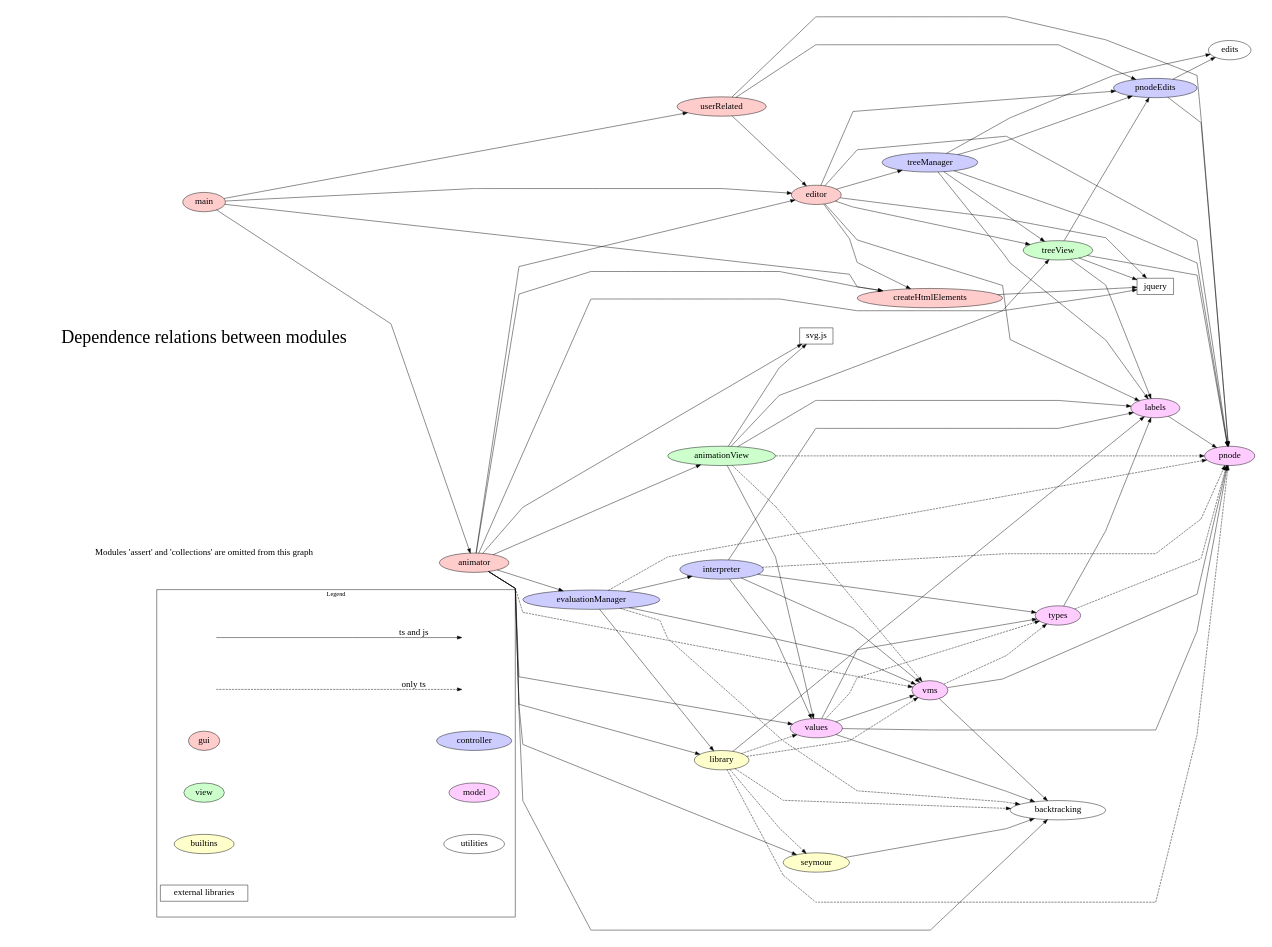
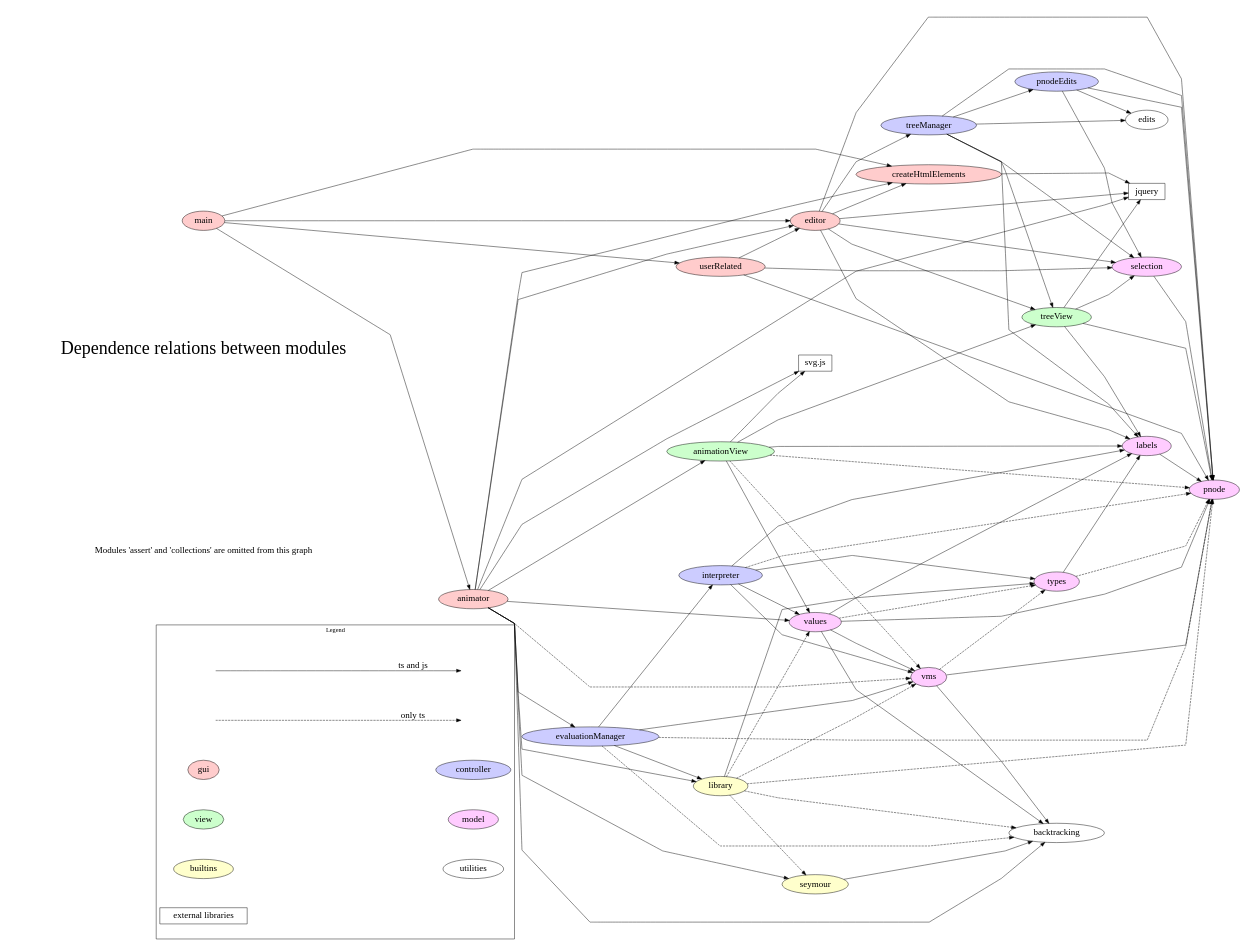
One commit to theodore-norvell/PLAAY changed the diagram in typescriptSrc/dependence.gv. Above: the diagram before and after it, drawn with Graphviz. The commit also changed 9 other files, not shown here.

```diff
--- a/typescriptSrc/dependence.gv
+++ b/typescriptSrc/dependence.gv
@@ -1,155 +1,160 @@
 
 digraph Depends {
     size="9,6.5" ;
     splines="polyline" ;
     nodesep=0.2 ;
     ranksep=0.2 ;
    ratio=fill;
    rankdir = LR ;
    node[fontsize=20];
 
    subgraph cluster1 {
         label = "Legend" ;
         shape=rectangle ;
         color = black ;
         a [style=invis];
         b [style=invis] ;
         c [style=invis] ;
         d [style=invis] ;
         c -> d [label="only ts", style=dashed, fontsize=20] ; 
         a -> b [label="ts and js", fontsize=20] ;
         gui -> controller [style=invis] ;
         view -> model [style=invis] ;
         builtins -> utilities [style=invis] ;
 
         gui [style=filled, fillcolor="#ffcccc"] ;
         controller [style=filled, fillcolor="#ccccff"] ;
         view [style=filled, fillcolor="#ccffcc"] ;
         model [style=filled, fillcolor="#ffccff"] ;
         builtins [style=filled, fillcolor="#ffffcc"] ;
         utilities ;
         "external libraries" [shape=rectangle] ;
     }
 
    utils [label="Modules 'assert' and 'collections' are omitted from this graph",
               shape=none] ;
    caption [ label="Dependence relations between modules", fontsize=40,
               shape=none] ;
 
     main [style=filled, fillcolor="#ffcccc"] ;
     editor [style=filled, fillcolor="#ffcccc"] ;
     animator [style=filled, fillcolor="#ffcccc"] ;
     createHtmlElements [style=filled, fillcolor="#ffcccc"] ;
     userRelated [style=filled, fillcolor="#ffcccc" ] ;
     
     evaluationManager [style=filled, fillcolor="#ccccff"] ;
     interpreter [style=filled, fillcolor="#ccccff"] ;
     treeManager [style=filled, fillcolor="#ccccff"] ;
     pnodeEdits [style=filled, fillcolor="#ccccff"] ;
     
     treeView [style=filled, fillcolor="#ccffcc"] ;
     animationView [style=filled, fillcolor="#ccffcc"] ;
 
     vms [style=filled, fillcolor="#ffccff"] ;
     values [style=filled, fillcolor="#ffccff"] ;
     types [style=filled, fillcolor="#ffccff"] ;
     labels [style=filled, fillcolor="#ffccff"] ;
+    selection [style=filled, fillcolor="#ffccff"] ;
     pnode [style=filled, fillcolor="#ffccff"] ;
 
     library [style=filled, fillcolor="#ffffcc"] ;
     seymour [style=filled, fillcolor="#ffffcc"] ;
     
    animator -> animationView  ;
    animator -> backtracking ;
    animator -> createHtmlElements ;
    animator -> editor ;
    animator -> evaluationManager ;
    animator -> seymour ;
    animator -> values ;
    animator -> library ;
    animator -> vms [style=dashed] ;
    animator -> svg ;
    animator -> jquery ;
 
    animationView -> labels ;
    animationView -> pnode [style=dashed] ;
    animationView -> treeView ;
    animationView -> values ;
    animationView -> vms [style=dashed];
    animationView -> svg ;
    
    createHtmlElements -> jquery ;
 
    editor -> createHtmlElements ;
    editor -> labels ;
    editor -> pnode  ;
-   editor -> pnodeEdits ;
+   editor -> selection ;
    editor -> treeView ;
    editor -> treeManager ;
    editor -> jquery ;
 
    evaluationManager -> backtracking  [style=dashed];
    evaluationManager -> interpreter ;
    evaluationManager -> pnode  [style=dashed];
    evaluationManager -> vms ;
    evaluationManager -> library ;
 
    interpreter -> labels ;
    interpreter -> pnode  [style=dashed];
    interpreter -> types ;
    interpreter -> values ;
    interpreter -> vms ;
 
-    jquery [shape=rectangle]
+   jquery [shape=rectangle]
     
    labels -> pnode ;
 
    main -> animator ;
    main -> createHtmlElements ;
    main -> editor ;
    main -> userRelated ;
 
    pnodeEdits -> edits ;
    pnodeEdits -> pnode ;
+   pnodeEdits -> selection ;
    
    types -> pnode [style=dashed];
    types -> labels ;
+
+   selection -> pnode ;
 
    seymour -> backtracking ;
 
    treeView -> labels ;
    treeView -> pnode ;
-   treeView -> pnodeEdits ;
+   treeView -> selection ;
    treeView -> jquery ;
 
    svg [label="svg.js", shape=rectangle] ;
 
    treeManager -> edits ;
    treeManager -> labels ;
    treeManager -> pnode ;
    treeManager -> pnodeEdits ;
+   treeManager -> selection ;
    treeManager -> treeView ;
 
    userRelated -> editor ;
-   userRelated -> pnodeEdits ;
+   userRelated -> selection ;
    userRelated -> pnode ;
    
    values -> backtracking ;
    values -> labels ;
    values -> pnode ;
    values -> types  [style=dashed];
    values -> vms ;
 
    
    vms -> backtracking
    vms -> pnode ;
    vms -> types  [style=dashed];
 
    library -> backtracking  [style=dashed];
    library -> pnode  [style=dashed];
    library -> seymour  [style=dashed];
    library -> types ;
    library -> values  [style=dashed];
    library -> vms  [style=dashed];
    
 }
```
